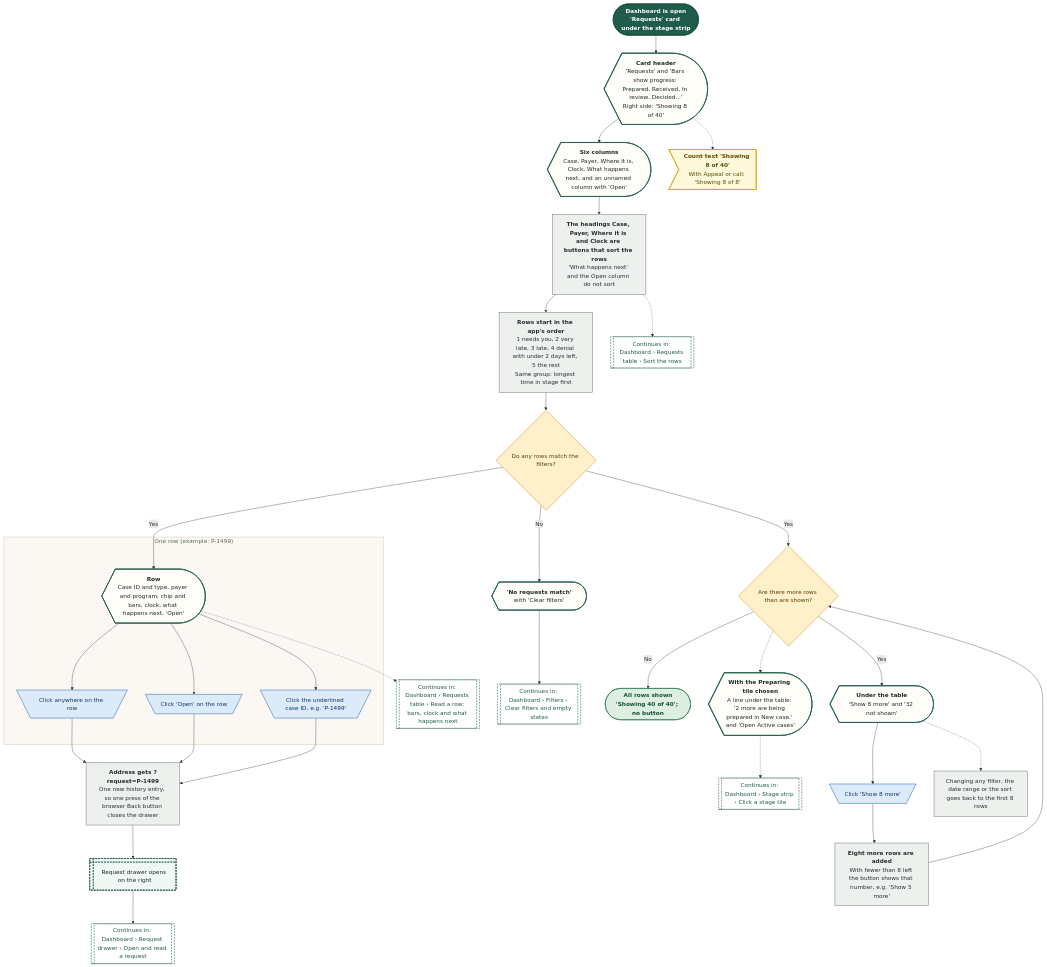
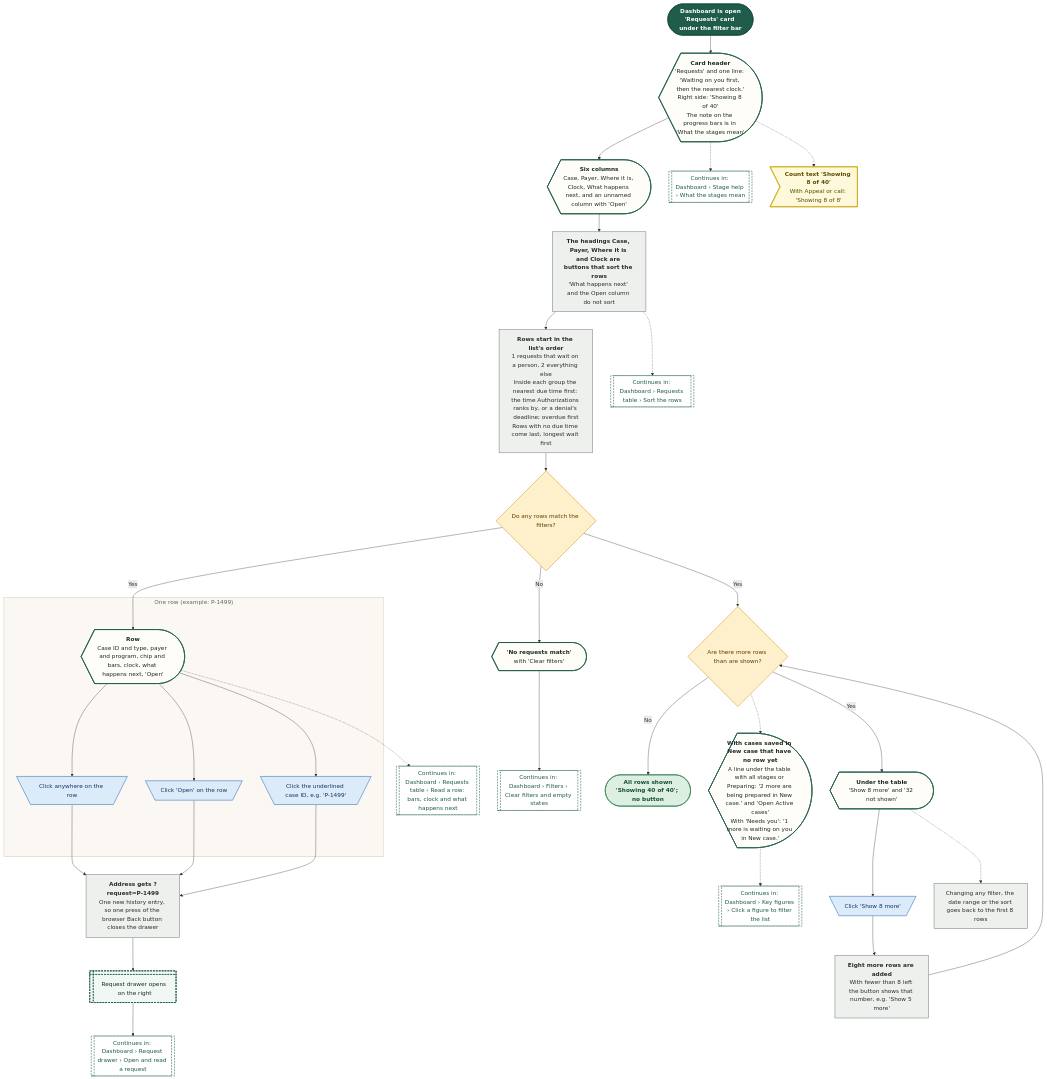
One commit to Shrav143/psyfloapp changed the diagram in demos/prior-auth-demo/workflows/out/mmd/02-dashboard/60-requests-table-order-rows-and-paging.mmd. Above: the diagram before and after it, drawn with Mermaid. The commit also changed 192 other files, not shown here.

First line of the commit message:
docs: changelog by sidebar tab; README, diagrams and Settings layout aligned with the refinement; shared InfoTip; referral cost-share line

```diff
--- a/demos/prior-auth-demo/workflows/out/mmd/02-dashboard/60-requests-table-order-rows-and-paging.mmd
+++ b/demos/prior-auth-demo/workflows/out/mmd/02-dashboard/60-requests-table-order-rows-and-paging.mmd
@@ -1,72 +1,74 @@
 %%{init: {"theme":"base","themeVariables":{"fontFamily":"'DM Sans', 'Segoe UI', system-ui, sans-serif","fontSize":"15px","lineColor":"#5B6B63","primaryTextColor":"#1C2B25","clusterBkg":"#FBF8F3","clusterBorder":"#D9CDBB","edgeLabelBackground":"#FFFFFF"},"flowchart":{"curve":"basis","nodeSpacing":36,"rankSpacing":48,"padding":12,"htmlLabels":true,"useMaxWidth":false,"wrappingWidth":230}} }%%
 flowchart TD
   classDef k_start fill:#1F5C4B,stroke:#174638,color:#FFFFFF,stroke-width:1.5px,font-weight:600
   classDef k_end fill:#DDEFE3,stroke:#2E7D4F,color:#14502F,stroke-width:1.5px,font-weight:600
   classDef k_endx fill:#FBE3E0,stroke:#C0392B,color:#7A1F16,stroke-width:1.5px,font-weight:600
   classDef k_screen fill:#FFFDF8,stroke:#1F5C4B,color:#1C2B25,stroke-width:2px
   classDef k_overlay fill:#F1F7F3,stroke:#1F5C4B,color:#1C2B25,stroke-width:2px,stroke-dasharray:5 3
   classDef k_click fill:#DCEBFA,stroke:#2F6DB5,color:#12365F,stroke-width:1.5px
   classDef k_input fill:#E4E7FF,stroke:#4C5FD5,color:#1D2670,stroke-width:1.5px
   classDef k_process fill:#EEF0EE,stroke:#7A857F,color:#26302B,stroke-width:1.5px
   classDef k_agent fill:#EEE5FA,stroke:#7A4FC2,color:#341A63,stroke-width:1.5px
   classDef k_decision fill:#FFF0CC,stroke:#D9962B,color:#5C3B00,stroke-width:1.5px
   classDef k_store fill:#D5F0EA,stroke:#1C8E7B,color:#0B4A3F,stroke-width:1.5px
   classDef k_doc fill:#F6E9DC,stroke:#B07A4C,color:#4A2E14,stroke-width:1.5px
   classDef k_ext fill:#FFE6D2,stroke:#E07B39,color:#6B2F06,stroke-width:1.5px
   classDef k_wait fill:#E4E8EE,stroke:#6B7C93,color:#26303D,stroke-width:1.5px
   classDef k_toast fill:#FFF9DB,stroke:#C9A400,color:#5A4A00,stroke-width:1.5px
   classDef k_goto fill:#FFFFFF,stroke:#1F5C4B,color:#1F5C4B,stroke-width:1.5px,stroke-dasharray:5 3
-  s1@{ shape: stadium, label: "<b>Dashboard is open</b><br/>'Requests' card under the stage strip" }
-  sc1@{ shape: curv-trap, label: "<b>Card header</b><br/>'Requests' and 'Bars show progress: Prepared, Received, In review, Decided...'<br/>Right side: 'Showing 8 of 40'" }
+  s1@{ shape: stadium, label: "<b>Dashboard is open</b><br/>'Requests' card under the filter bar" }
+  sc1@{ shape: curv-trap, label: "<b>Card header</b><br/>'Requests' and one line: 'Waiting on you first, then the nearest clock.'<br/>Right side: 'Showing 8 of 40'<br/>The note on the progress bars is in 'What the stages mean'" }
   sc2@{ shape: curv-trap, label: "<b>Six columns</b><br/>Case, Payer, Where it is, Clock, What happens next, and an unnamed column with 'Open'" }
   p1@{ shape: rect, label: "<b>The headings Case, Payer, Where it is and Clock are buttons that sort the rows</b><br/>'What happens next' and the Open column do not sort" }
-  p2@{ shape: rect, label: "<b>Rows start in the app's order</b><br/>1 needs you, 2 very late, 3 late, 4 denial with under 2 days left, 5 the rest<br/>Same group: longest time in stage first" }
+  p2@{ shape: rect, label: "<b>Rows start in the list's order</b><br/>1 requests that wait on a person, 2 everything else<br/>Inside each group the nearest due time first: the time Authorizations ranks by, or a denial's deadline; overdue first<br/>Rows with no due time come last, longest wait first" }
   d0@{ shape: diam, label: "Do any rows match the filters?" }
   em@{ shape: curv-trap, label: "<b>'No requests match'</b><br/>with 'Clear filters'" }
   subgraph gRow ["One row (example: P-1499)"]
   r1@{ shape: curv-trap, label: "<b>Row</b><br/>Case ID and type, payer and program, chip and bars, clock, what happens next, 'Open'" }
   c1@{ shape: trap-t, label: "Click anywhere on the row" }
   c2@{ shape: trap-t, label: "Click the underlined case ID, e.g. 'P-1499'" }
   c3@{ shape: trap-t, label: "Click 'Open' on the row" }
   end
   p3@{ shape: rect, label: "<b>Address gets ?request=P-1499</b><br/>One new history entry, so one press of the browser Back button closes the drawer" }
   o1@{ shape: win-pane, label: "Request drawer opens on the right" }
   g1@{ shape: subproc, label: "Continues in: Dashboard › Request drawer › Open and read a request" }
   g2@{ shape: subproc, label: "Continues in: Dashboard › Requests table › Read a row: bars, clock and what happens next" }
   g3@{ shape: subproc, label: "Continues in: Dashboard › Filters › Clear filters and empty states" }
   g4@{ shape: subproc, label: "Continues in: Dashboard › Requests table › Sort the rows" }
-  g5@{ shape: subproc, label: "Continues in: Dashboard › Stage strip › Click a stage tile" }
+  g5@{ shape: subproc, label: "Continues in: Dashboard › Key figures › Click a figure to filter the list" }
+  g6@{ shape: subproc, label: "Continues in: Dashboard › Stage help › What the stages mean" }
   d1@{ shape: diam, label: "Are there more rows than are shown?" }
   sc3@{ shape: curv-trap, label: "<b>Under the table</b><br/>'Show 8 more' and '32 not shown'" }
   c4@{ shape: trap-t, label: "Click 'Show 8 more'" }
   p5@{ shape: rect, label: "<b>Eight more rows are added</b><br/>With fewer than 8 left the button shows that number, e.g. 'Show 5 more'" }
   e1@{ shape: stadium, label: "<b>All rows shown</b><br/>'Showing 40 of 40'; no button" }
   p6@{ shape: rect, label: "Changing any filter, the date range or the sort goes back to the first 8 rows" }
   t1@{ shape: odd, label: "<b>Count text 'Showing 8 of 40'</b><br/>With Appeal or call: 'Showing 8 of 8'" }
-  sc4@{ shape: curv-trap, label: "<b>With the Preparing tile chosen</b><br/>A line under the table: '2 more are being prepared in New case.' and 'Open Active cases'" }
+  sc4@{ shape: curv-trap, label: "<b>With cases saved in New case that have no row yet</b><br/>A line under the table with all stages or Preparing: '2 more are being prepared in New case.' and 'Open Active cases'<br/>With 'Needs you': '1 more is waiting on you in New case.'" }
   s1 --> sc1 --> sc2 --> p1 --> p2 --> d0
   d0 -->|"No"| em --> g3
   d0 -->|"Yes"| r1
   r1 --> c1 & c2 & c3
   c1 --> p3
   c3 --> p3
   c2 --> p3
   p3 --> o1 --> g1
   r1 -.-> g2
   p1 -.-> g4
   d0 -->|"Yes"| d1
   sc1 -.-> t1
   d1 -->|"Yes"| sc3 --> c4 --> p5 --> d1
   d1 -->|"No"| e1
   sc3 -.-> p6
   d1 -.-> sc4 -.-> g5
+  sc1 -.-> g6
   class s1 k_start
   class sc1,sc2,em,r1,sc3,sc4 k_screen
   class p1,p2,p3,p5,p6 k_process
   class d0,d1 k_decision
   class c1,c2,c3,c4 k_click
   class o1 k_overlay
-  class g1,g2,g3,g4,g5 k_goto
+  class g1,g2,g3,g4,g5,g6 k_goto
   class e1 k_end
   class t1 k_toast
   style gRow fill:#FBF8F3,stroke:#D9CDBB,stroke-width:1.5px,color:#5B6B63
```
